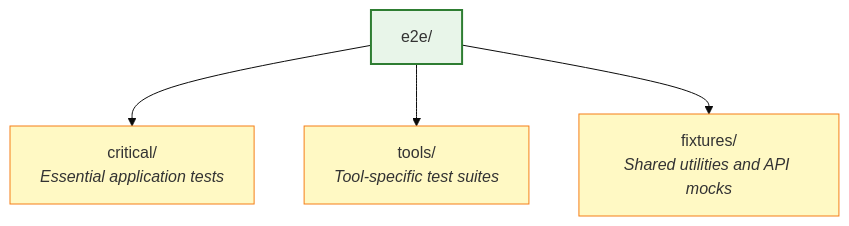
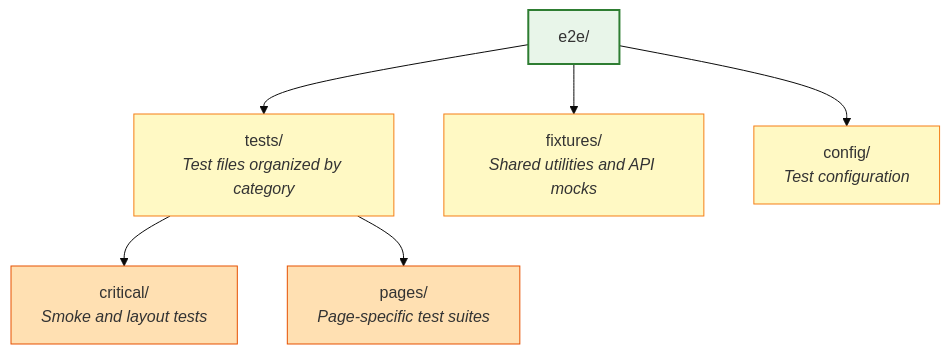
The second of 2 diagrams in README.md (seijikohara/web-dev-tools-vue3), drawn with Mermaid (base theme) before and after one commit. The commit also changed other lines of this file and 2 other files, not shown here.

First line of the commit message:
docs: update README to reflect current e2e test structure and implementation

````diff
--- a/README.md
+++ b/README.md
@@ -250,13 +258,18 @@
 ```mermaid
 graph TD
     e2e["e2e/"]
 
-    e2e --> critical["critical/<br/><i>Essential application tests</i>"]
-    e2e --> tools["tools/<br/><i>Tool-specific test suites</i>"]
+    e2e --> tests["tests/<br/><i>Test files organized by category</i>"]
     e2e --> fixtures["fixtures/<br/><i>Shared utilities and API mocks</i>"]
+    e2e --> config["config/<br/><i>Test configuration</i>"]
+
+    tests --> critical["critical/<br/><i>Smoke and layout tests</i>"]
+    tests --> pages["pages/<br/><i>Page-specific test suites</i>"]
 
     style e2e fill:#e8f5e9,stroke:#2e7d32,stroke-width:2px
-    style critical fill:#fff9c4,stroke:#f57f17,stroke-width:1px
-    style tools fill:#fff9c4,stroke:#f57f17,stroke-width:1px
+    style tests fill:#fff9c4,stroke:#f57f17,stroke-width:1px
     style fixtures fill:#fff9c4,stroke:#f57f17,stroke-width:1px
+    style config fill:#fff9c4,stroke:#f57f17,stroke-width:1px
+    style critical fill:#ffe0b2,stroke:#e65100,stroke-width:1px
+    style pages fill:#ffe0b2,stroke:#e65100,stroke-width:1px
 ```
````
